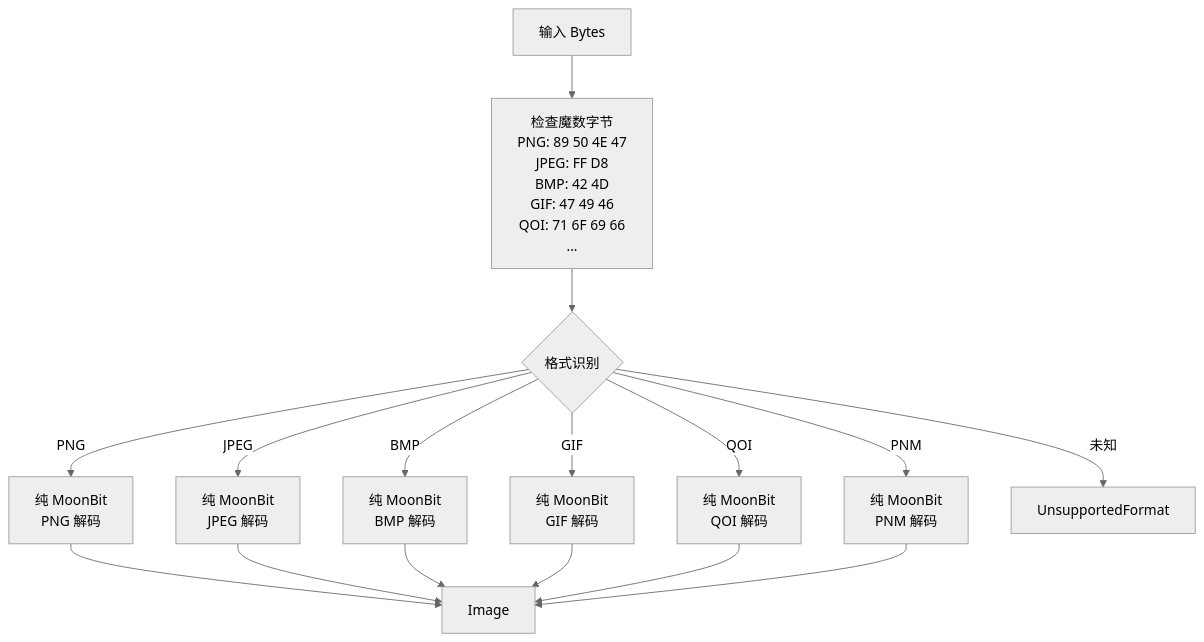
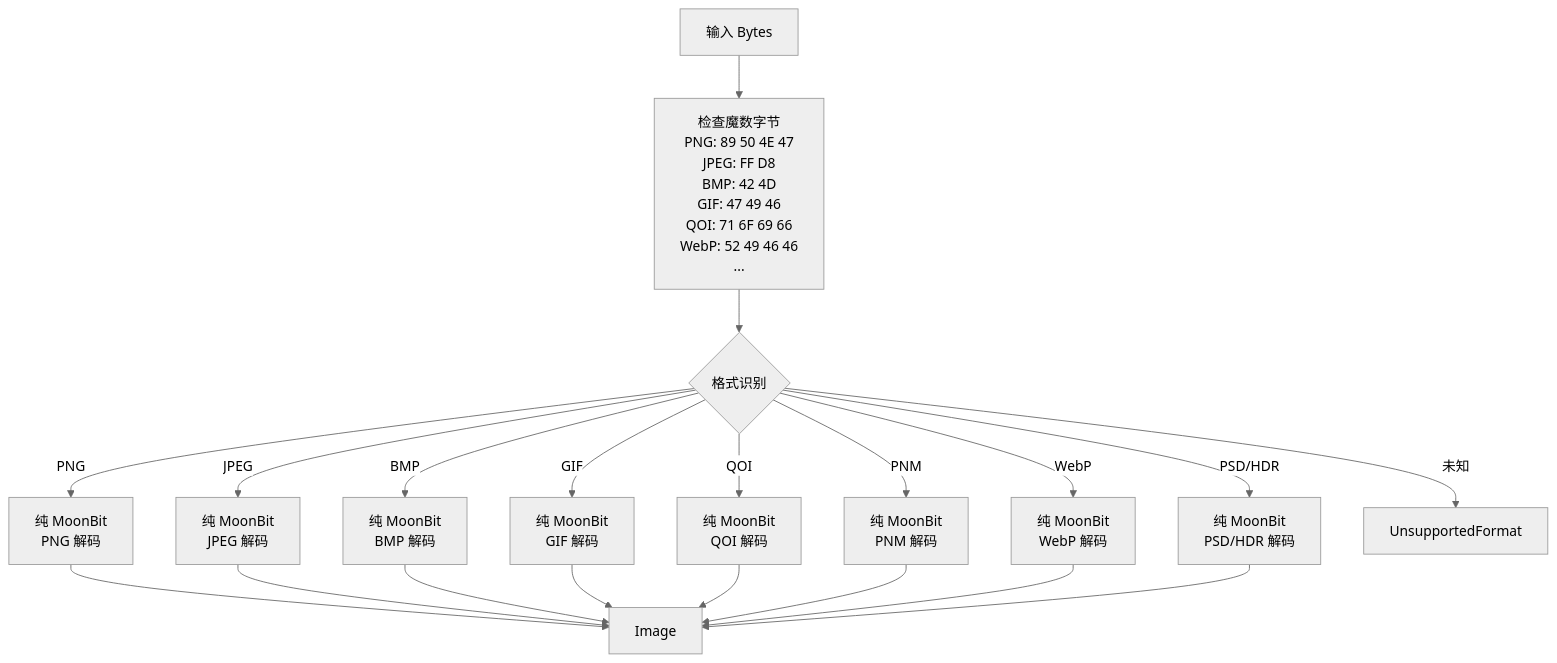
One commit to toadium/stb-image changed diagram 12 of 14 in docs/architecture.md. Above: the diagram before and after it, drawn with Mermaid (neutral theme). The commit also changed other lines of this file and 1 other file, not shown here.

First line of the commit message:
文档: 完善 architecture.md 架构图 — mindmap/流水线/格式检测图

````diff
--- a/docs/architecture.md
+++ b/docs/architecture.md
@@ -371,18 +387,22 @@
 ```mermaid
 flowchart TB
-    Input["输入 Bytes"] --> Magic["检查魔数字节<br/>PNG: 89 50 4E 47<br/>JPEG: FF D8<br/>BMP: 42 4D<br/>GIF: 47 49 46<br/>QOI: 71 6F 69 66<br/>..."]
+    Input["输入 Bytes"] --> Magic["检查魔数字节<br/>PNG: 89 50 4E 47<br/>JPEG: FF D8<br/>BMP: 42 4D<br/>GIF: 47 49 46<br/>QOI: 71 6F 69 66<br/>WebP: 52 49 46 46<br/>..."]
     Magic --> Format{"格式识别"}
     Format -->|PNG| PNG["纯 MoonBit<br/>PNG 解码"]
     Format -->|JPEG| JPEG["纯 MoonBit<br/>JPEG 解码"]
     Format -->|BMP| BMP["纯 MoonBit<br/>BMP 解码"]
     Format -->|GIF| GIF["纯 MoonBit<br/>GIF 解码"]
     Format -->|QOI| QOI["纯 MoonBit<br/>QOI 解码"]
     Format -->|PNM| PNM["纯 MoonBit<br/>PNM 解码"]
+    Format -->|WebP| WebP["纯 MoonBit<br/>WebP 解码"]
+    Format -->|PSD/HDR| Other["纯 MoonBit<br/>PSD/HDR 解码"]
     Format -->|未知| Err["UnsupportedFormat"]
     PNG --> Image["Image"]
     JPEG --> Image
     BMP --> Image
     GIF --> Image
     QOI --> Image
     PNM --> Image
+    WebP --> Image
+    Other --> Image
 ```
````
